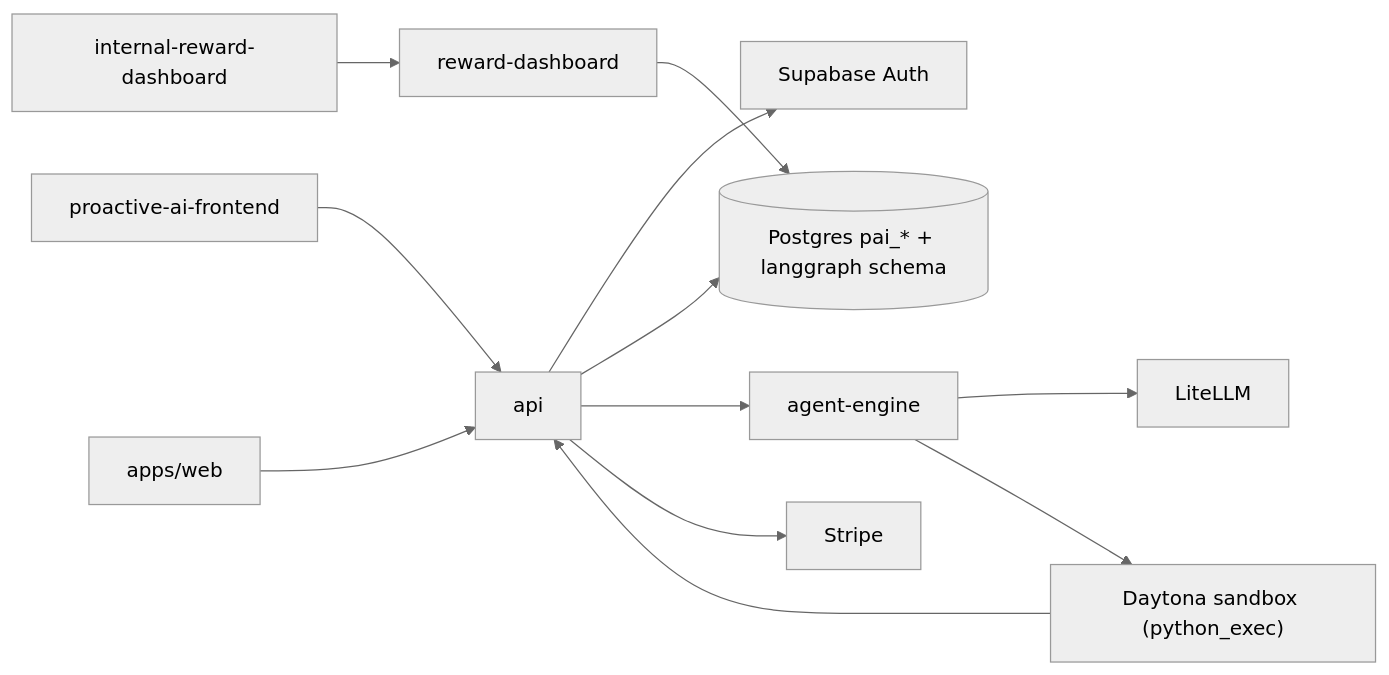
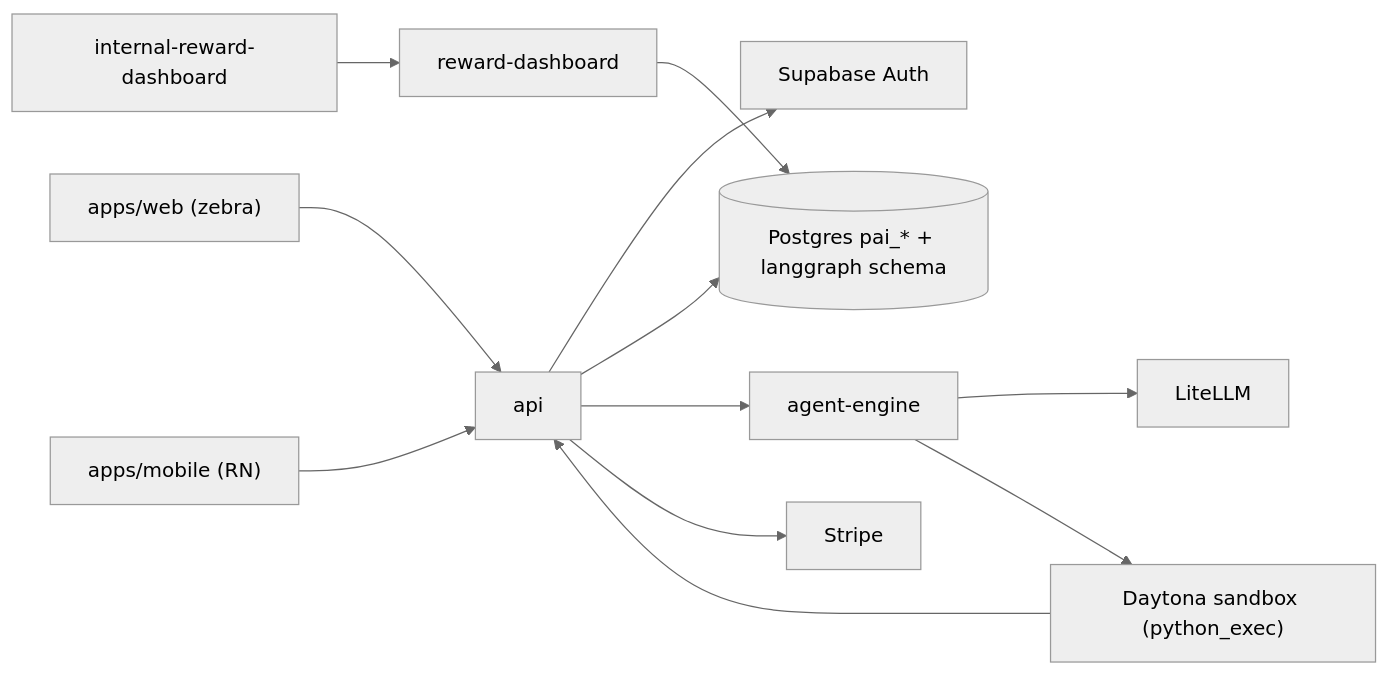
The diagram in docs/modules/runtime-deployment.mdx (Edge-AI-HQ/proactive-assistant), drawn with Mermaid (neutral theme) before and after one commit. The commit also changed other lines of this file and 9 other files, not shown here.

````diff
--- a/docs/modules/runtime-deployment.mdx
+++ b/docs/modules/runtime-deployment.mdx
@@ -12,14 +12,14 @@
 ```mermaid
 flowchart LR
-  PAF["proactive-ai-frontend"] --> API["api"]
-  WEB["apps/web"] --> API
+  WEB["apps/web (zebra)"] --> API["api"]
+  MOB["apps/mobile (RN)"] --> API
   RFE["internal-reward-dashboard"] --> RWD["reward-dashboard"]
   API --> Auth["Supabase Auth"]
   API --> PG[("Postgres pai_* + langgraph schema")]
   RWD --> PG
   API --> ENG["agent-engine"]
   ENG --> LiteLLM["LiteLLM"]
   ENG --> Sandbox["Daytona sandbox (python_exec)"]
   Sandbox --> API
   API --> Stripe["Stripe"]
 ```
````
